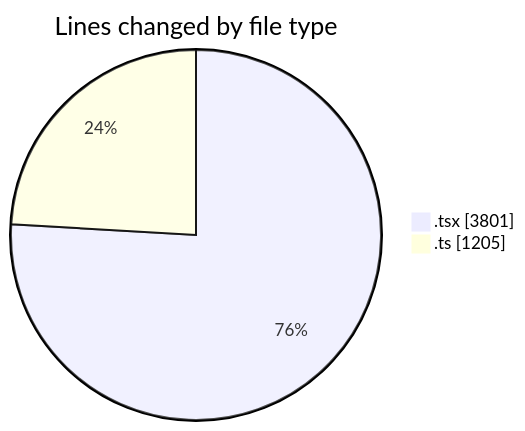
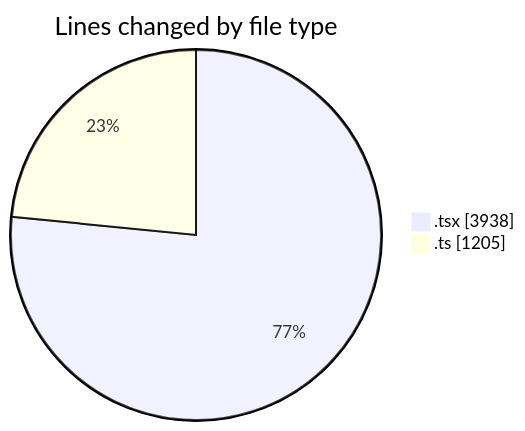
Before and after one commit to nxtqubesakshisongat/code-tracking: the first of 2 diagrams in 2026-02-18/nxtqube_webapp/README.md, drawn with Mermaid. The commit also changed other lines of this file and 1 other file, not shown here.

````diff
--- a/2026-02-18/nxtqube_webapp/README.md
+++ b/2026-02-18/nxtqube_webapp/README.md
@@ -28,6 +28,6 @@
 ```mermaid
 pie showData
 title Lines changed by file type
-".tsx" : 3801
+".tsx" : 3938
 ".ts" : 1205
 ```
````
